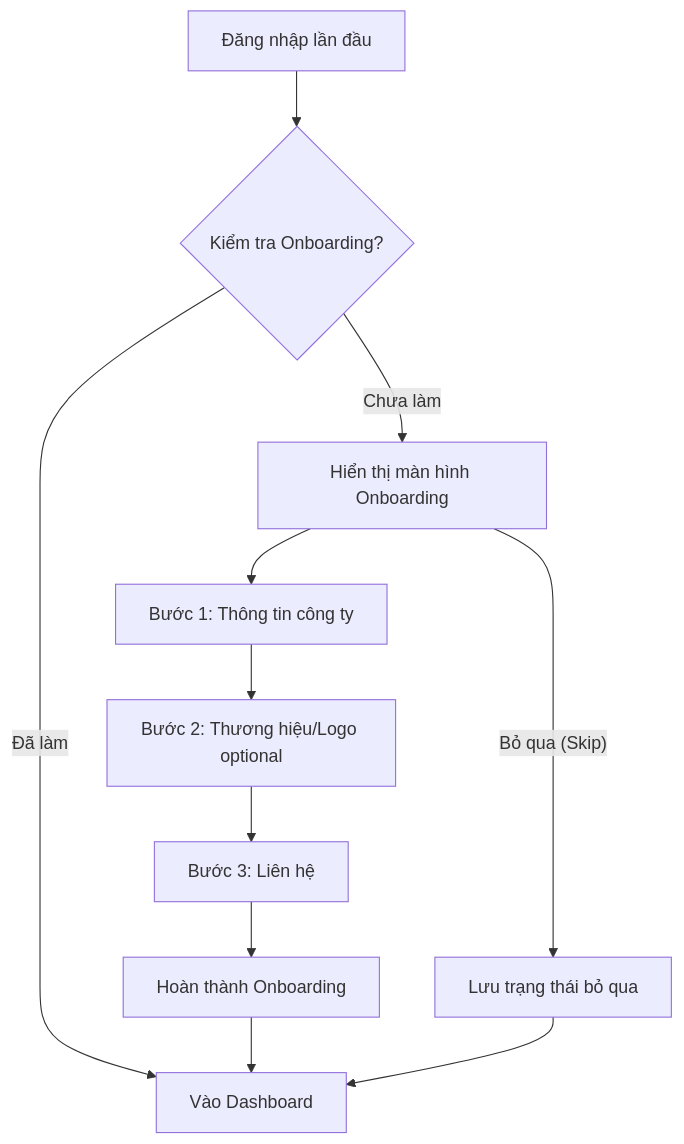
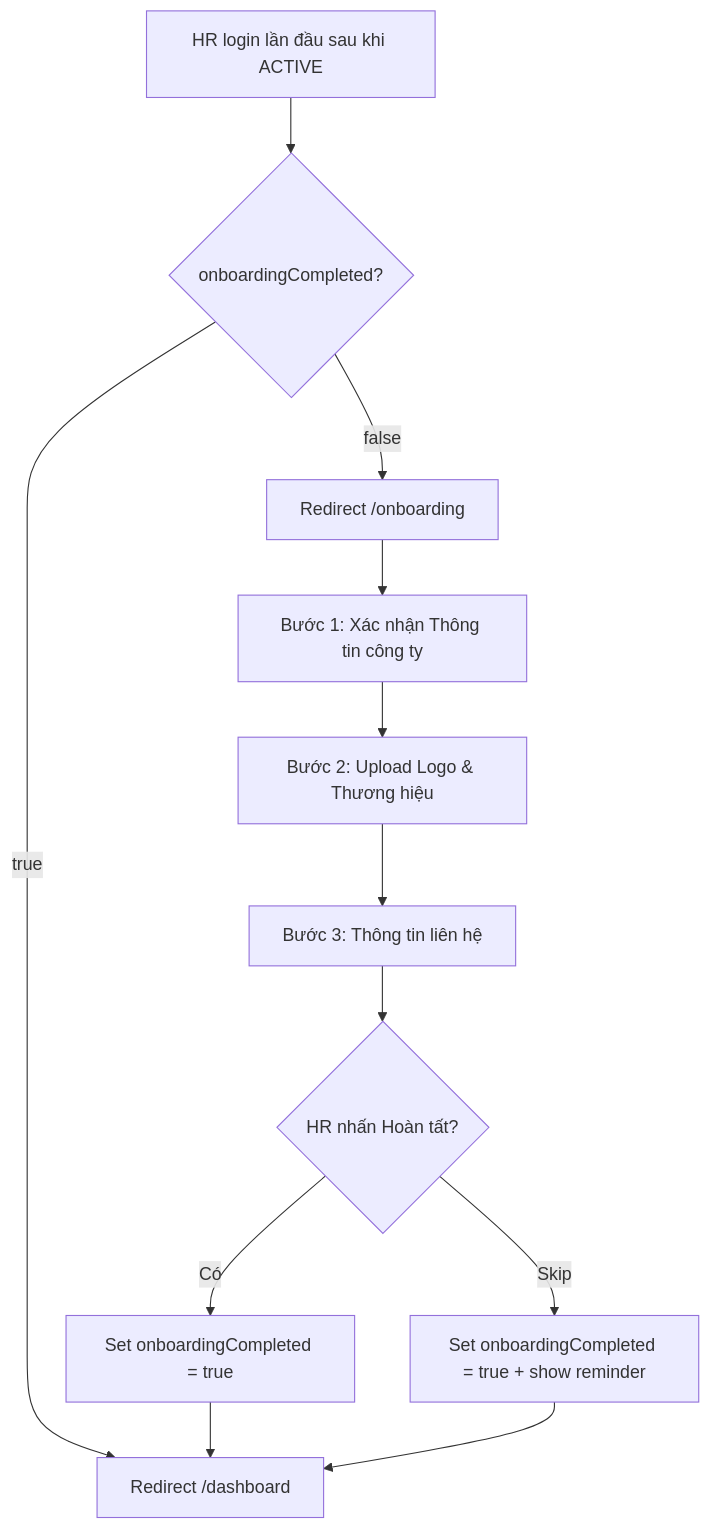
One commit to VanHaPtit/EasyTech_FE changed the diagram in nghiep_vu/epic-01_Authentication_Onboarding/user-story-03_HR_Onboarding/user-story.md. Above: the diagram before and after it, drawn with Mermaid. The commit also changed other lines of this file and 290 other files, not shown here.

````diff
--- a/nghiep_vu/epic-01_Authentication_Onboarding/user-story-03_HR_Onboarding/user-story.md
+++ b/nghiep_vu/epic-01_Authentication_Onboarding/user-story-03_HR_Onboarding/user-story.md
@@ -11,13 +11,14 @@
 ```mermaid
 graph TD
-    A[Đăng nhập lần đầu] --> B{Kiểm tra Onboarding?}
-    B -- Đã làm --> C[Vào Dashboard]
-    B -- Chưa làm --> D[Hiển thị màn hình Onboarding]
-    D --> E[Bước 1: Thông tin công ty]
-    E --> F[Bước 2: Thương hiệu/Logo optional]
-    F --> G[Bước 3: Liên hệ]
-    G --> H[Hoàn thành Onboarding]
-    H --> C
-    D -- Bỏ qua (Skip) --> I[Lưu trạng thái bỏ qua]
-    I --> C
+    A[HR login lần đầu sau khi ACTIVE] --> B{onboardingCompleted?}
+    B -- false --> C[Redirect /onboarding]
+    B -- true --> D[Redirect /dashboard]
+    C --> E[Bước 1: Xác nhận Thông tin công ty]
+    E --> F[Bước 2: Upload Logo & Thương hiệu]
+    F --> G[Bước 3: Thông tin liên hệ]
+    G --> H{HR nhấn Hoàn tất?}
+    H -- Có --> I[Set onboardingCompleted = true]
+    H -- Skip --> J[Set onboardingCompleted = true + show reminder]
+    I --> D
+    J --> D
 ```
````
